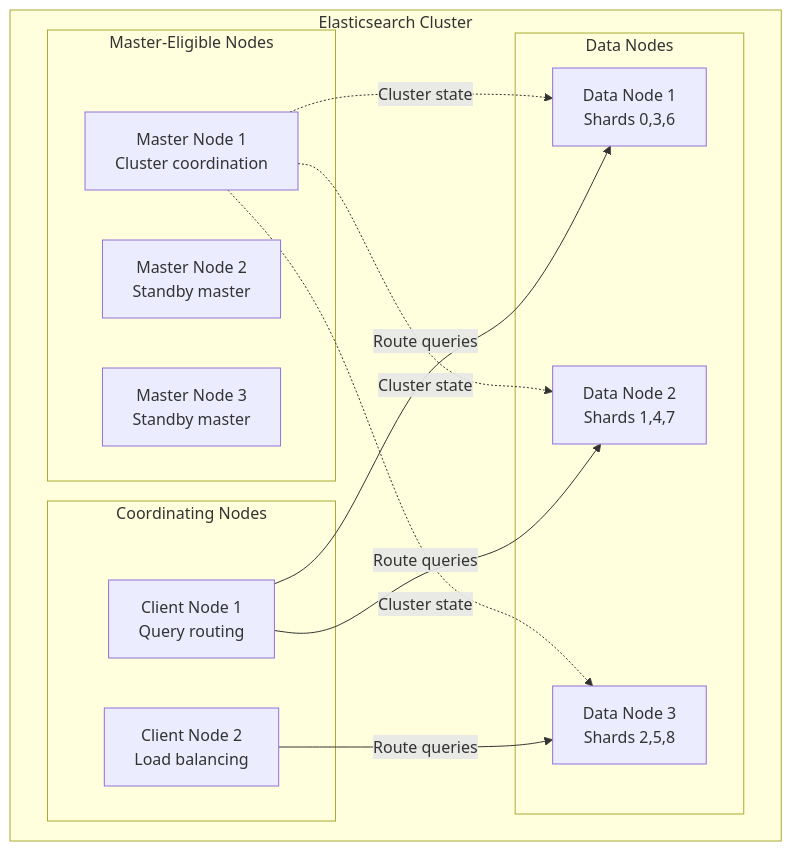
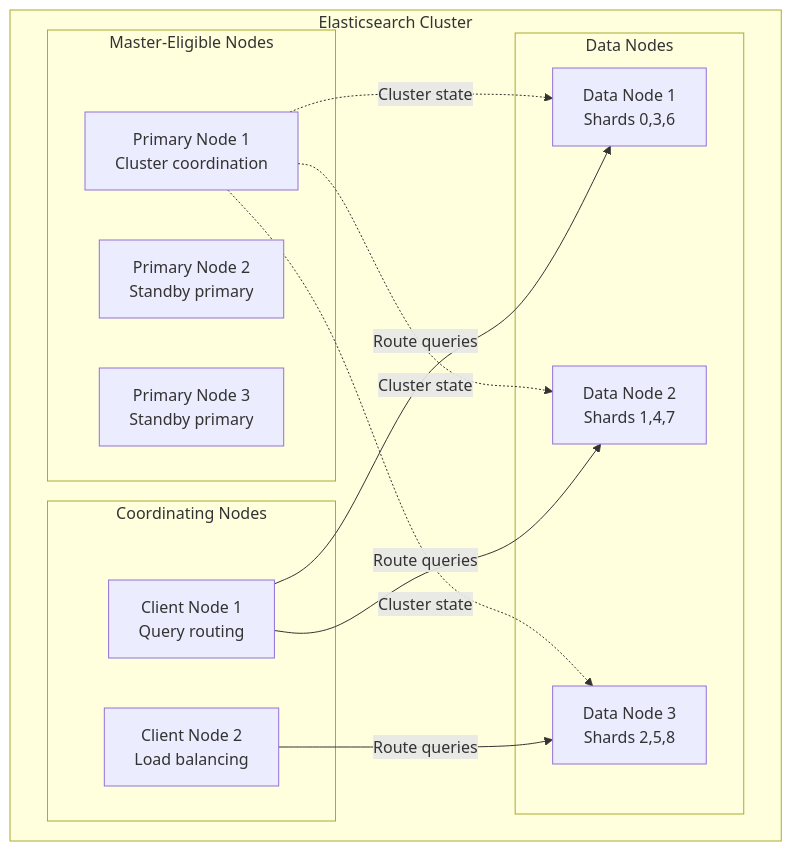
One commit to deepaucksharma/DStudio changed the second of 11 diagrams in docs/architects-handbook/case-studies/search-analytics/elasticsearch.md. Above: the diagram before and after it, drawn with Mermaid. The commit also changed 186 other files, not shown here.

````diff
--- a/docs/architects-handbook/case-studies/search-analytics/elasticsearch.md
+++ b/docs/architects-handbook/case-studies/search-analytics/elasticsearch.md
@@ -210,29 +210,29 @@
 ```mermaid
 graph TB
  subgraph "Elasticsearch Cluster"
  subgraph "Master-Eligible Nodes"
- M1[Master Node 1<br/>Cluster coordination]
- M2[Master Node 2<br/>Standby master]
- M3[Master Node 3<br/>Standby master]
+ M1[Primary Node 1<br/>Cluster coordination]
+ M2[Primary Node 2<br/>Standby primary]
+ M3[Primary Node 3<br/>Standby primary]
  end
  
  subgraph "Data Nodes"
  D1[Data Node 1<br/>Shards 0,3,6]
  D2[Data Node 2<br/>Shards 1,4,7]
  D3[Data Node 3<br/>Shards 2,5,8]
  end
  
  subgraph "Coordinating Nodes"
  C1[Client Node 1<br/>Query routing]
  C2[Client Node 2<br/>Load balancing]
  end
  
  M1 -.->|Cluster state| D1
  M1 -.->|Cluster state| D2
  M1 -.->|Cluster state| D3
  
  C1 -->|Route queries| D1
  C1 -->|Route queries| D2
  C2 -->|Route queries| D3
  end
 ```
````
